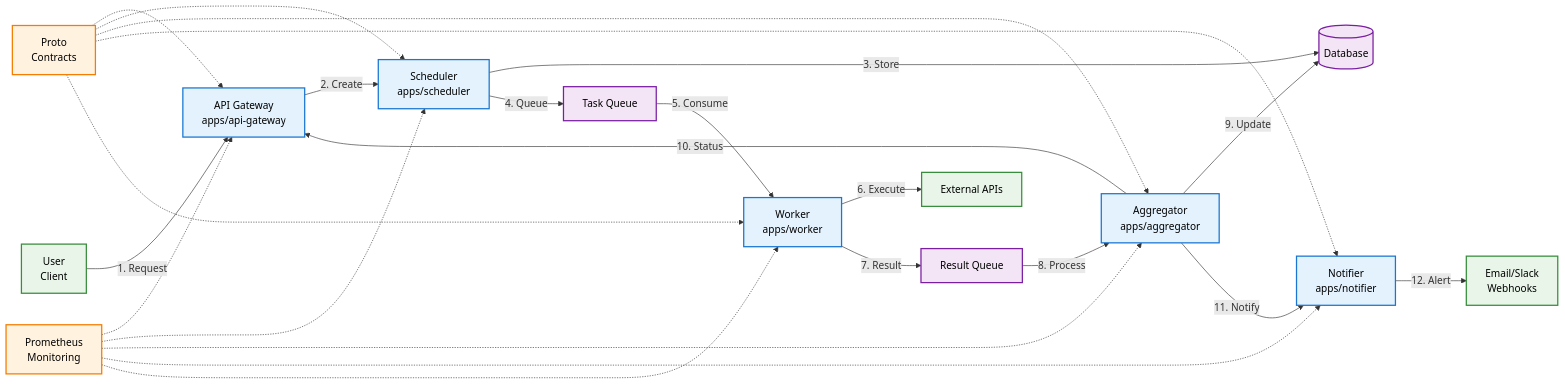
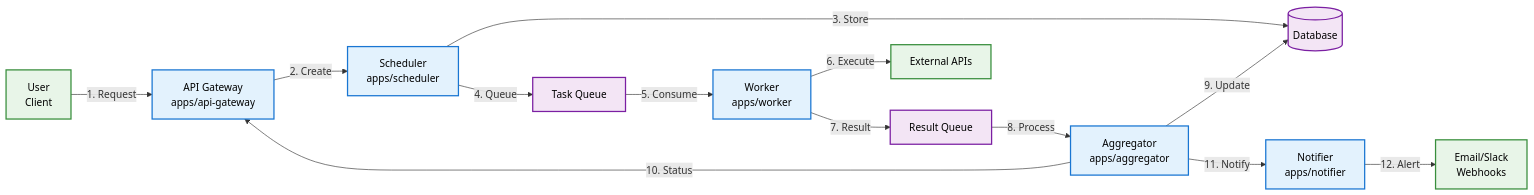
One commit to Hhacel/TaskFlow changed the first of 2 diagrams in README.md. Above: the diagram before and after it, drawn with Mermaid. The commit also changed other lines of this file and 25 other files, not shown here.

````diff
--- a/README.md
+++ b/README.md
@@ -14,67 +14,49 @@
 ```mermaid
 flowchart LR
     %% Row 1: User Input
     User["User<br/>Client"] 
     
     %% Row 2: Gateway
     GW["API Gateway<br/>apps/api-gateway"]
     
     %% Row 3: Core Services (horizontal alignment)
     SCH["Scheduler<br/>apps/scheduler"]
     AGG["Aggregator<br/>apps/aggregator"]
     NOT["Notifier<br/>apps/notifier"]
     
     %% Row 4: Worker
     WRK["Worker<br/>apps/worker"]
     
     %% Row 5: External
     External["External APIs"]
     Email["Email/Slack<br/>Webhooks"]
     
     %% Data Layer (bottom row)
     DB[("Database")]
     MQ_Task["Task Queue"]
     MQ_Result["Result Queue"]
-    
-    %% Supporting (separate area)
-    Proto["Proto<br/>Contracts"]
-    Prom["Prometheus<br/>Monitoring"]
 
     %% Main Flow (numbered for clarity)
     User -->|"1. Request"| GW
     GW -->|"2. Create"| SCH
     SCH -->|"3. Store"| DB
     SCH -->|"4. Queue"| MQ_Task
     MQ_Task -->|"5. Consume"| WRK
     WRK -->|"6. Execute"| External
     WRK -->|"7. Result"| MQ_Result
     MQ_Result -->|"8. Process"| AGG
     AGG -->|"9. Update"| DB
     AGG -->|"10. Status"| GW
     AGG -->|"11. Notify"| NOT
     NOT -->|"12. Alert"| Email
 
-    %% Support Connections (minimal intersections)
-    Proto -.-> GW
-    Proto -.-> SCH  
-    Proto -.-> AGG
-    Proto -.-> NOT
-    Proto -.-> WRK
-    
-    Prom -.-> GW
-    Prom -.-> SCH
-    Prom -.-> AGG
-    Prom -.-> NOT
-    Prom -.-> WRK
-
     %% Styling
     classDef service fill:#e3f2fd,stroke:#1976d2,stroke-width:2px,color:#000000
     classDef data fill:#f3e5f5,stroke:#7b1fa2,stroke-width:2px,color:#000000
     classDef external fill:#e8f5e8,stroke:#388e3c,stroke-width:2px,color:#000000
     classDef support fill:#fff3e0,stroke:#f57c00,stroke-width:2px,color:#000000
     
     class GW,SCH,AGG,NOT,WRK service
     class DB,MQ_Task,MQ_Result data
     class User,External,Email external
-    class Proto,Prom support
 ```
````
